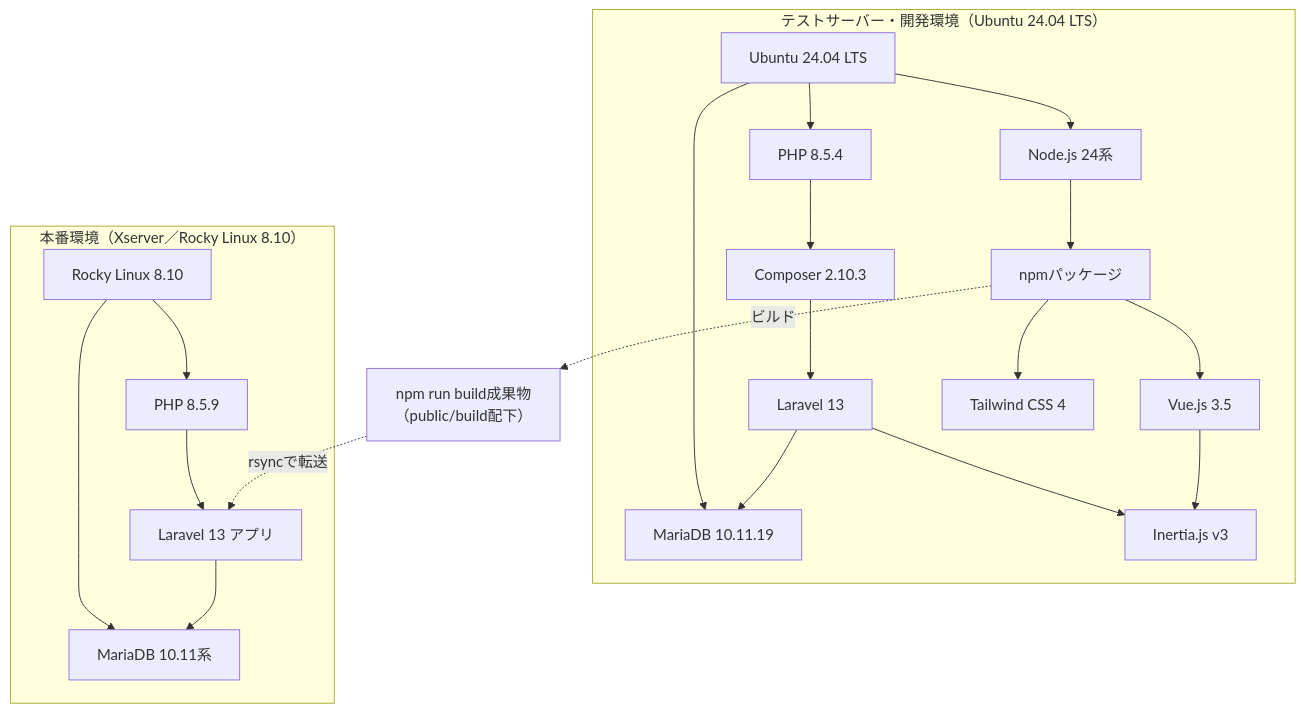
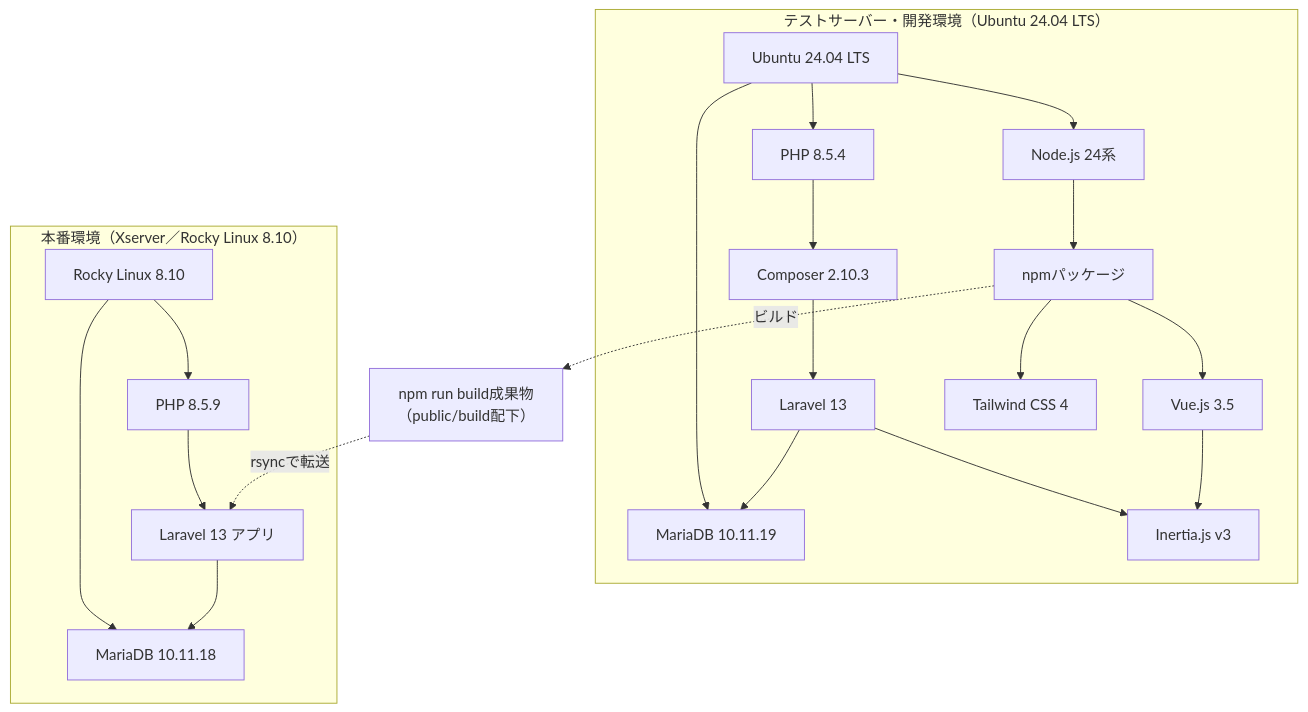
The diagram in docs/技術仕様書.md (pluslub/helpstation), drawn with Mermaid before and after one commit. The commit also changed other lines of this file and 1 other file, not shown here.

````diff
--- a/docs/技術仕様書.md
+++ b/docs/技術仕様書.md
@@ -23,27 +23,27 @@
 ```mermaid
 flowchart TB
     subgraph Dev["テストサーバー・開発環境（Ubuntu 24.04 LTS）"]
         OS1[Ubuntu 24.04 LTS] --> PHP1[PHP 8.5.4]
         OS1 --> Node1[Node.js 24系]
         OS1 --> DB1[MariaDB 10.11.19]
         PHP1 --> Composer[Composer 2.10.3]
         Composer --> Laravel1[Laravel 13]
         Node1 --> Npm[npmパッケージ]
         Npm --> Vue[Vue.js 3.5]
         Npm --> Tailwind[Tailwind CSS 4]
         Laravel1 --> Inertia[Inertia.js v3]
         Vue --> Inertia
         Laravel1 --> DB1
     end
 
     subgraph Prod["本番環境（Xserver／Rocky Linux 8.10）"]
         OS2[Rocky Linux 8.10] --> PHP2[PHP 8.5.9]
-        OS2 --> DB2[MariaDB 10.11系]
+        OS2 --> DB2[MariaDB 10.11.18]
         PHP2 --> Laravel2[Laravel 13 アプリ]
         Laravel2 --> DB2
     end
 
     Build[npm run build成果物<br>（public/build配下）]
     Npm -.ビルド.-> Build
     Build -.rsyncで転送.-> Laravel2
 ```
````
